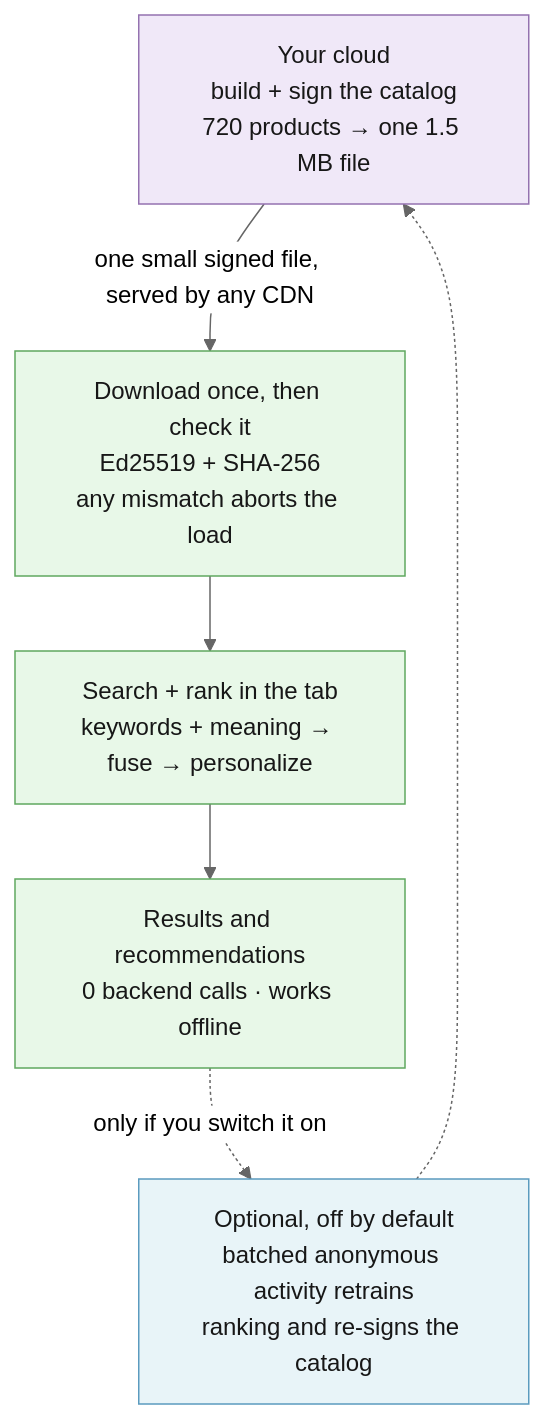
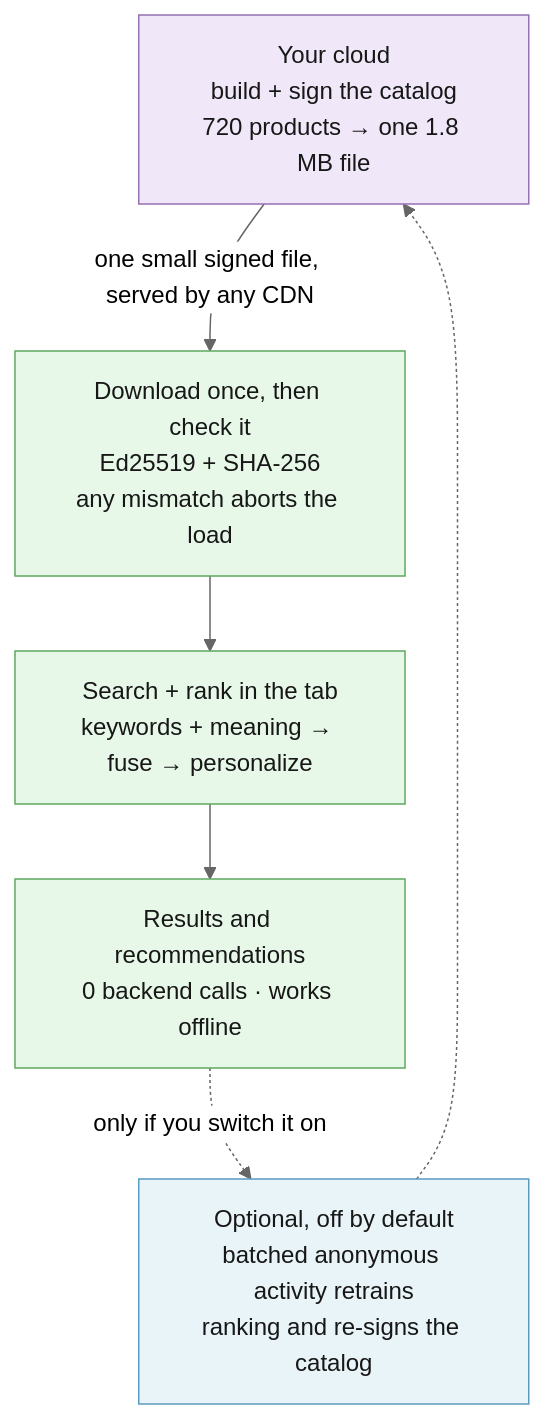
The fourth of 4 diagrams in docs/ARCHITECTURE.md (hseshadr/edge-reco), drawn with Mermaid (neutral theme) before and after one commit. The commit also changed other lines of this file and 3863 other files, not shown here.

First line of the commit message:
feat(catalog): replace the Amazon-derived demo catalog with a generated synthetic one (MIT)

````diff
--- a/docs/ARCHITECTURE.md
+++ b/docs/ARCHITECTURE.md
@@ -291,20 +291,20 @@
 ```mermaid
 flowchart TB
-  build["Your cloud<br>build + sign the catalog<br>720 products → one 1.5 MB file"]
+  build["Your cloud<br>build + sign the catalog<br>720 products → one 1.8 MB file"]
   sync["Download once, then check it<br>Ed25519 + SHA-256<br>any mismatch aborts the load"]
   engine["Search + rank in the tab<br>keywords + meaning → fuse → personalize"]
   recs["Results and recommendations<br>0 backend calls · works offline"]
   learn["Optional, off by default<br>batched anonymous activity retrains<br>ranking and re-signs the catalog"]
 
   build -->|"one small signed file, served by any CDN"| sync
   sync --> engine --> recs
   recs -.->|"only if you switch it on"| learn
   learn -.-> build
 
   classDef cloud fill:#f0e8f8,stroke:#9472b0,color:#171717;
   classDef device fill:#e8f8e8,stroke:#5fa85f,color:#171717;
   classDef opt fill:#e8f4f8,stroke:#5b9bbf,color:#171717;
   class build cloud;
   class sync,engine,recs device;
   class learn opt;
 ```
````
